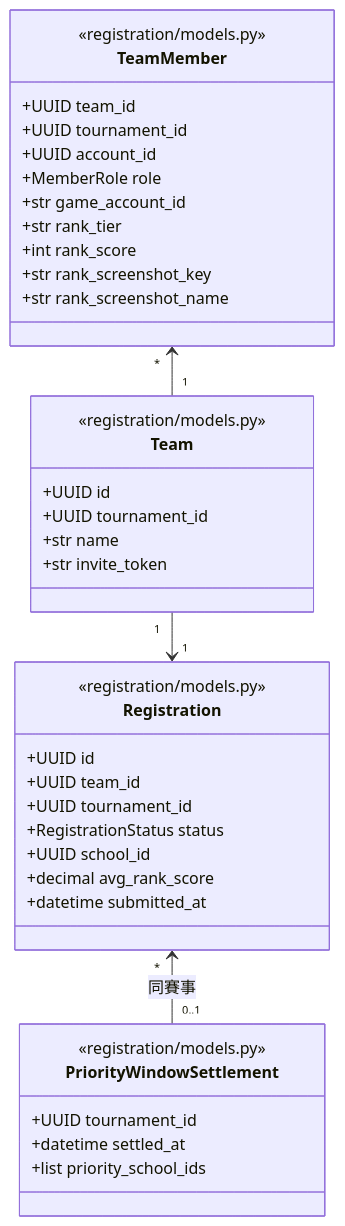
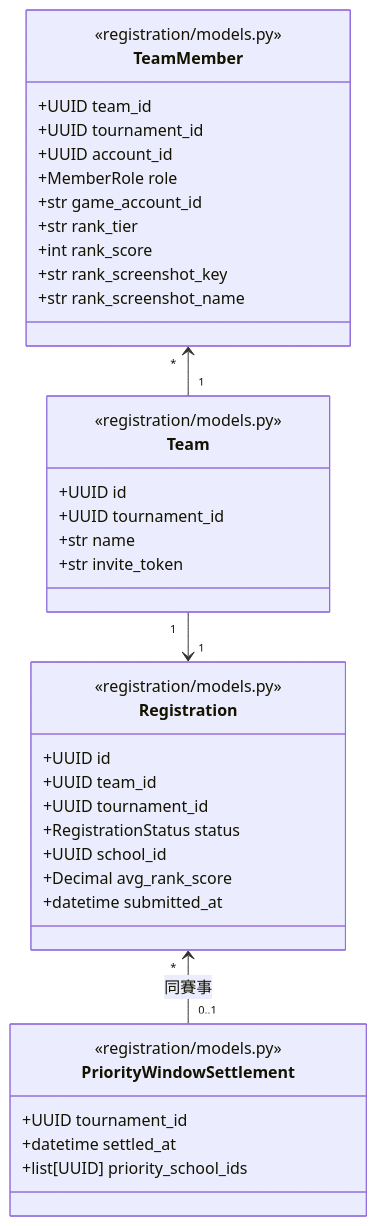
One commit to Team14good/esport-platform changed the eighth of 15 diagrams in docs/midterm/D-物件設計文件.md. Above: the diagram before and after it, drawn with Mermaid. The commit also changed other lines of this file and 2 other files, not shown here.

Commit message:
docs: D 類別圖兩個欄位型別改為與程式一致
逐張對照 ERD 與類別圖後，只有 Registration.avg_rank_score 與
PriorityWindowSettlement.priority_school_ids 的型別寫法與程式不同，
改為 Decimal 與 list[UUID]。

````diff
--- a/docs/midterm/D-物件設計文件.md
+++ b/docs/midterm/D-物件設計文件.md
@@ -405,41 +405,41 @@
 ```mermaid
 classDiagram
   class Team {
     <<registration/models.py>>
     +UUID id
     +UUID tournament_id
     +str name
     +str invite_token
   }
   class TeamMember {
     <<registration/models.py>>
     +UUID team_id
     +UUID tournament_id
     +UUID account_id
     +MemberRole role
     +str game_account_id
     +str rank_tier
     +int rank_score
     +str rank_screenshot_key
     +str rank_screenshot_name
   }
   class Registration {
     <<registration/models.py>>
     +UUID id
     +UUID team_id
     +UUID tournament_id
     +RegistrationStatus status
     +UUID school_id
-    +decimal avg_rank_score
+    +Decimal avg_rank_score
     +datetime submitted_at
   }
   class PriorityWindowSettlement {
     <<registration/models.py>>
     +UUID tournament_id
     +datetime settled_at
-    +list priority_school_ids
+    +list[UUID] priority_school_ids
   }
   TeamMember "*" <-- "1" Team
   Team "1" --> "1" Registration
   Registration "*" <-- "0..1" PriorityWindowSettlement : 同賽事
 ```
````
